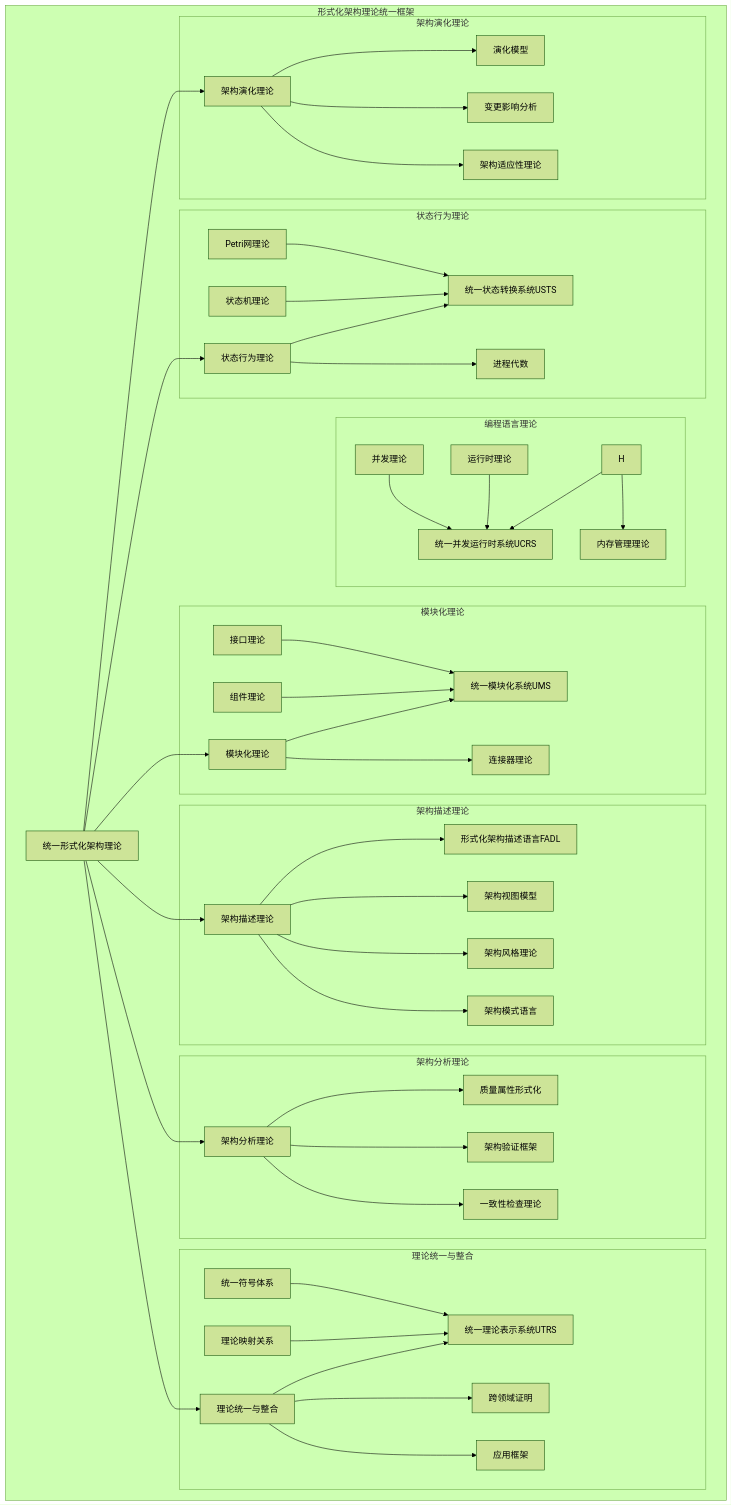
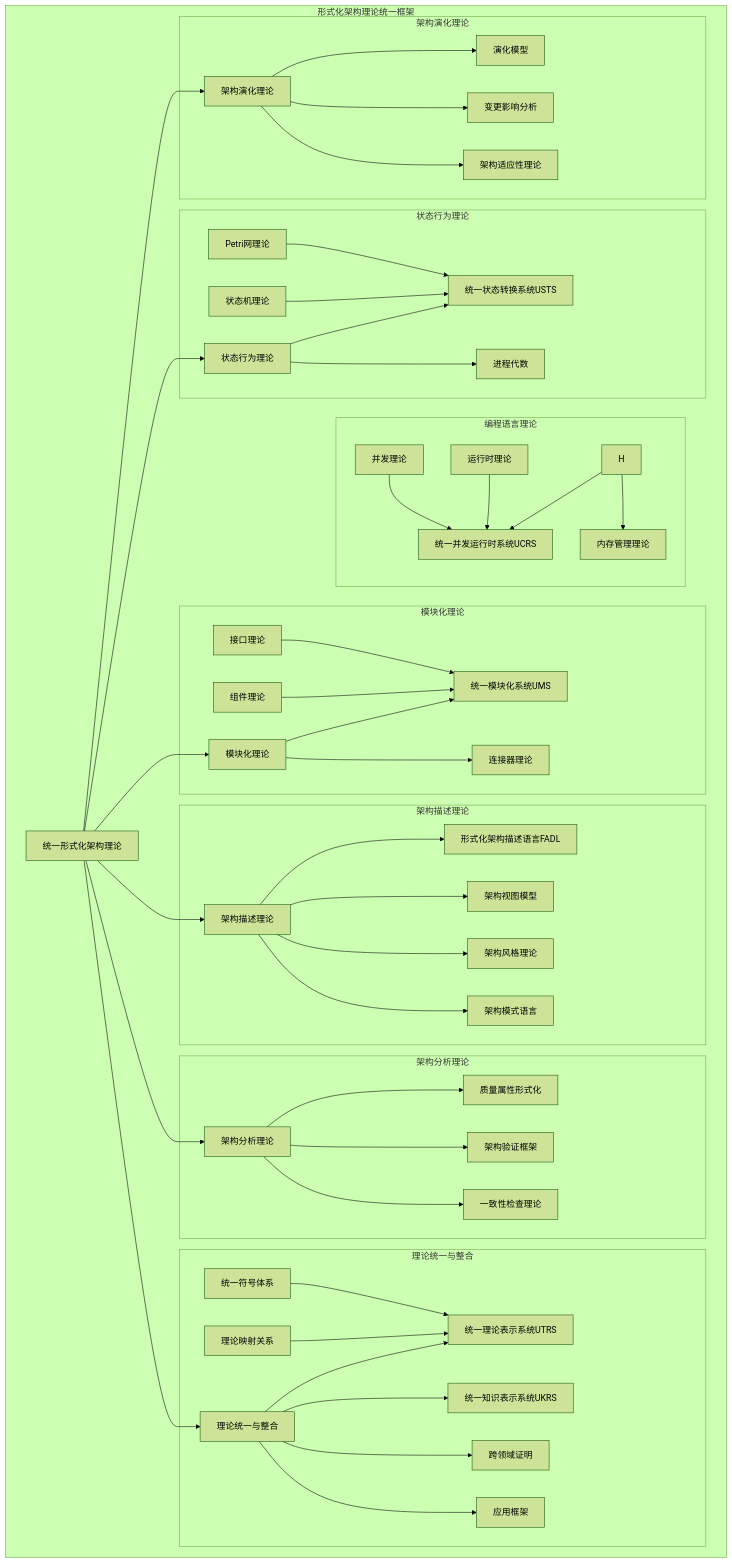
Before and after one commit to AdaMartin18010/formal-architecture: the first of 4 diagrams in Analysis/形式化架构理论导航图.md, drawn with Mermaid (forest theme). The commit also changed other lines of this file and 14 other files, not shown here.

```diff
--- a/Analysis/形式化架构理论导航图.md
+++ b/Analysis/形式化架构理论导航图.md
@@ -77,16 +77,18 @@
         
         subgraph "理论统一与整合"
             G1[统一理论表示系统UTRS]
-            G2[理论映射关系]
-            G3[统一符号体系]
-            G4[跨领域证明]
-            G5[应用框架]
+            G2[统一知识表示系统UKRS]
+            G3[理论映射关系]
+            G4[统一符号体系]
+            G5[跨领域证明]
+            G6[应用框架]
             
             G --> G1
-            G2 --> G1
+            G --> G2
             G3 --> G1
-            G --> G4
+            G4 --> G1
             G --> G5
+            G --> G6
         end
         
         subgraph "架构描述理论"
```
